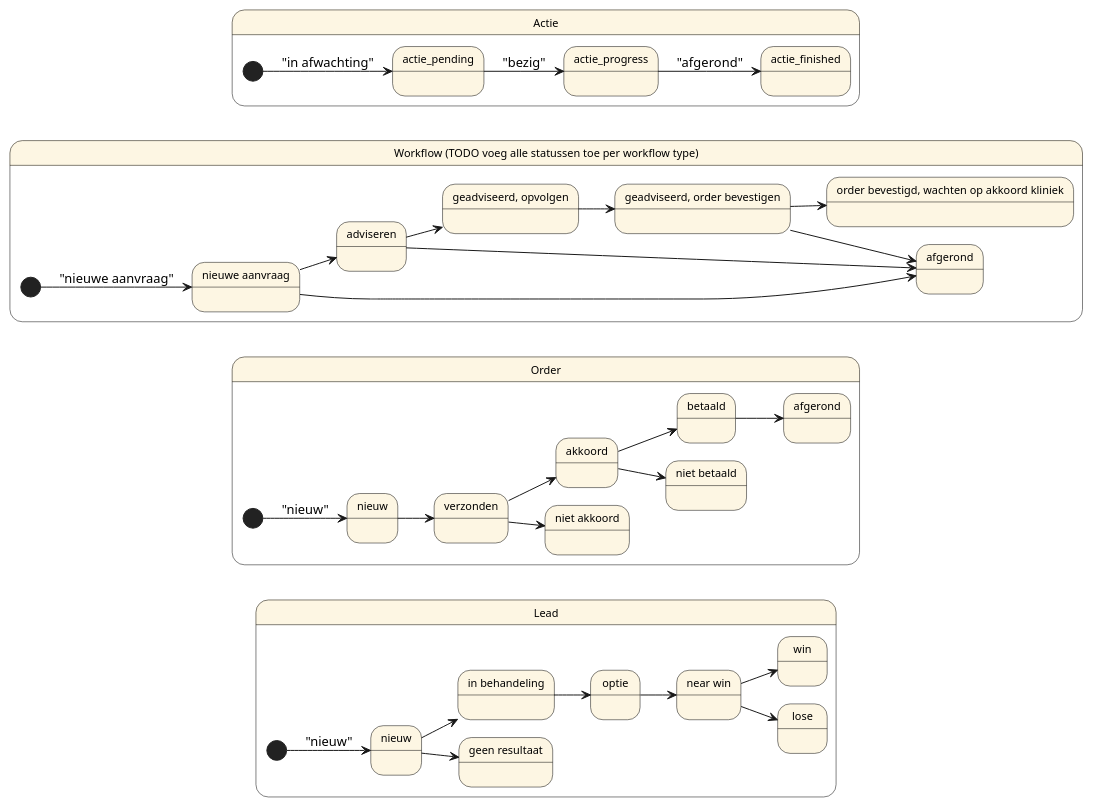
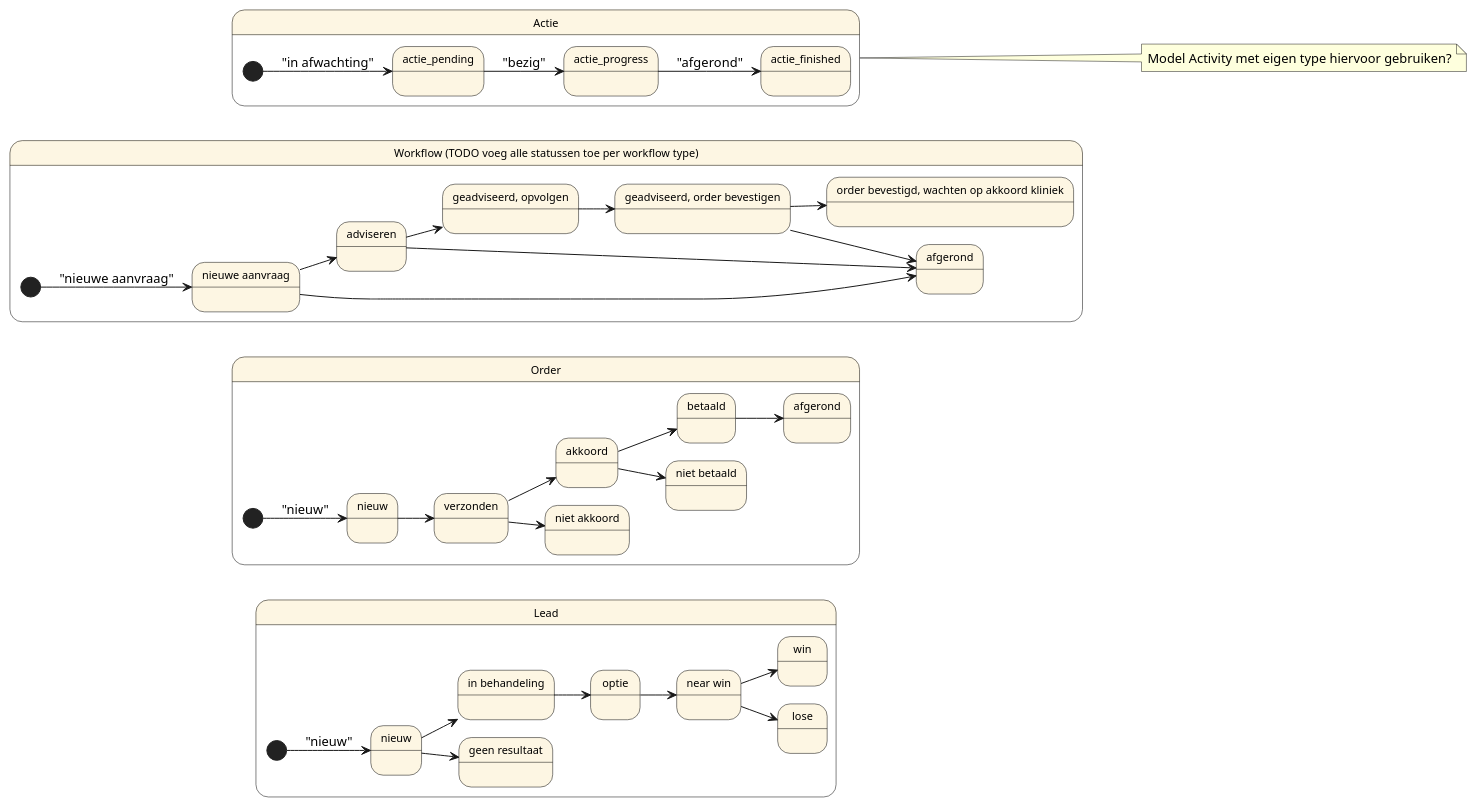
One commit to privatescanbv/krayin-laravel-crm changed the second of 4 diagrams in docs/index.adoc. Above: the diagram before and after it, drawn with PlantUML. The commit also changed other lines of this file and 5 other files, not shown here.

```diff
--- a/docs/index.adoc
+++ b/docs/index.adoc
@@ -218,76 +218,79 @@
 [plantuml]
 ....
 @startuml
 left to right direction
 skinparam state {
   BackgroundColor #FDF6E3
   BorderColor Black
   FontSize 11
 }
 
 ' -- LEAD --
 state "Lead" as Lead {
   [*] --> lead_new : "nieuw"
   state lead_new as "nieuw"
   state lead_progress as "in behandeling"
   state lead_stop as "geen resultaat"
   state lead_option as "optie"
   state lead_nearwin as "near win"
   state lead_win as "win"
   state lead_lose as "lose"
 
   lead_new --> lead_progress
   lead_new --> lead_stop
   lead_progress --> lead_option
   lead_option --> lead_nearwin
   lead_nearwin --> lead_win
   lead_nearwin --> lead_lose
 }
 
 ' -- ORDER --
 state "Order" as Order {
   [*] --> order_new : "nieuw"
   state order_new as "nieuw"
   state order_send as "verzonden"
   state order_confirmed as "akkoord"
   state order_cancelled as "niet akkoord"
   state order_payed as "betaald"
   state order_not_payed as "niet betaald"
   state order_afgerond as "afgerond"
 
   order_new --> order_send
   order_send --> order_confirmed
   order_send --> order_cancelled
   order_confirmed --> order_payed
   order_confirmed --> order_not_payed
   order_payed --> order_afgerond
 }
 
 ' -- WORKFLOW --
 state "Workflow (TODO voeg alle statussen toe per workflow type)" as Workflow {
   [*] --> wf_new : "nieuwe aanvraag"
   state wf_new as "nieuwe aanvraag"
   state wf_in_progress as "adviseren"
   state wf_advised_prepared as "geadviseerd, opvolgen"
   state wf_advised_create_order as "geadviseerd, order bevestigen"
   state wf_order_confirmed_patient as "order bevestigd, wachten op akkoord kliniek"
   state wf_closed as "afgerond"
 
   wf_new --> wf_in_progress
   wf_new --> wf_closed
   wf_in_progress --> wf_advised_prepared
   wf_in_progress --> wf_closed
   wf_advised_prepared --> wf_advised_create_order
   wf_advised_create_order --> wf_order_confirmed_patient
   wf_advised_create_order --> wf_closed
 
 }
 
 ' -- ACTIE --
 state "Actie" as Actie {
   [*] --> actie_pending : "in afwachting"
   actie_pending --> actie_progress : "bezig"
   actie_progress --> actie_finished : "afgerond"
 }
+note right of Actie
+    Model Activity met eigen type hiervoor gebruiken?
+  end note
 @enduml
 ....
```
